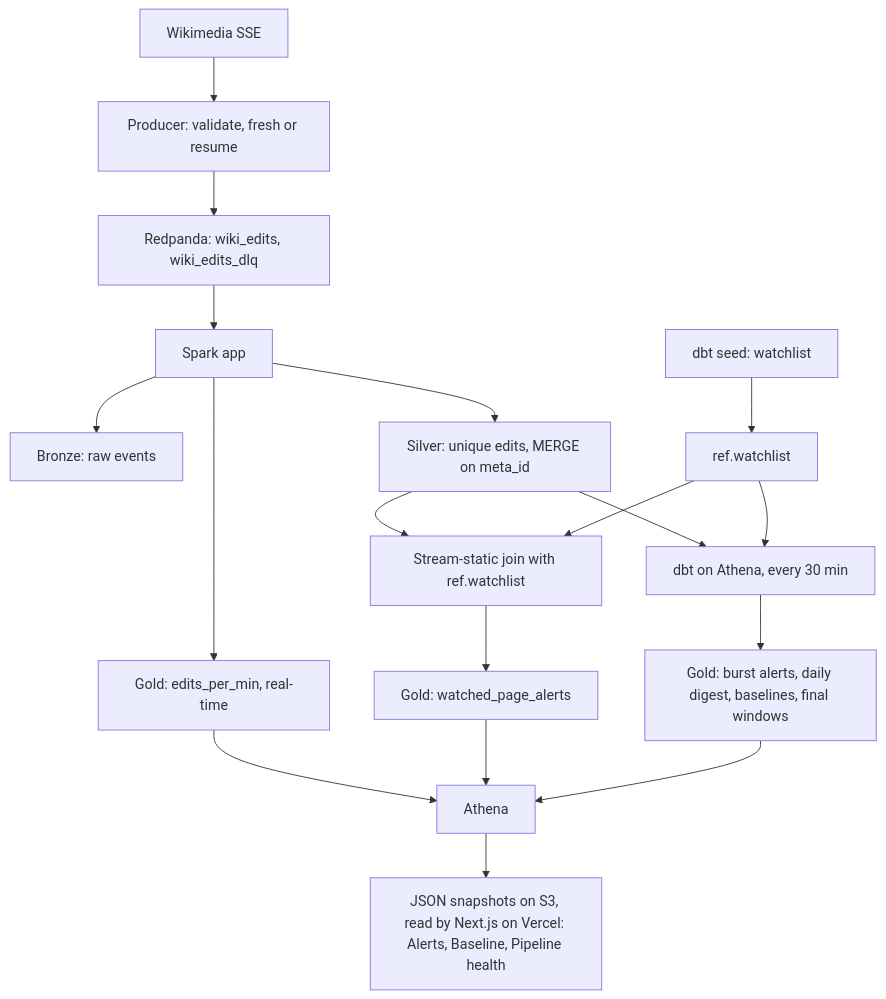
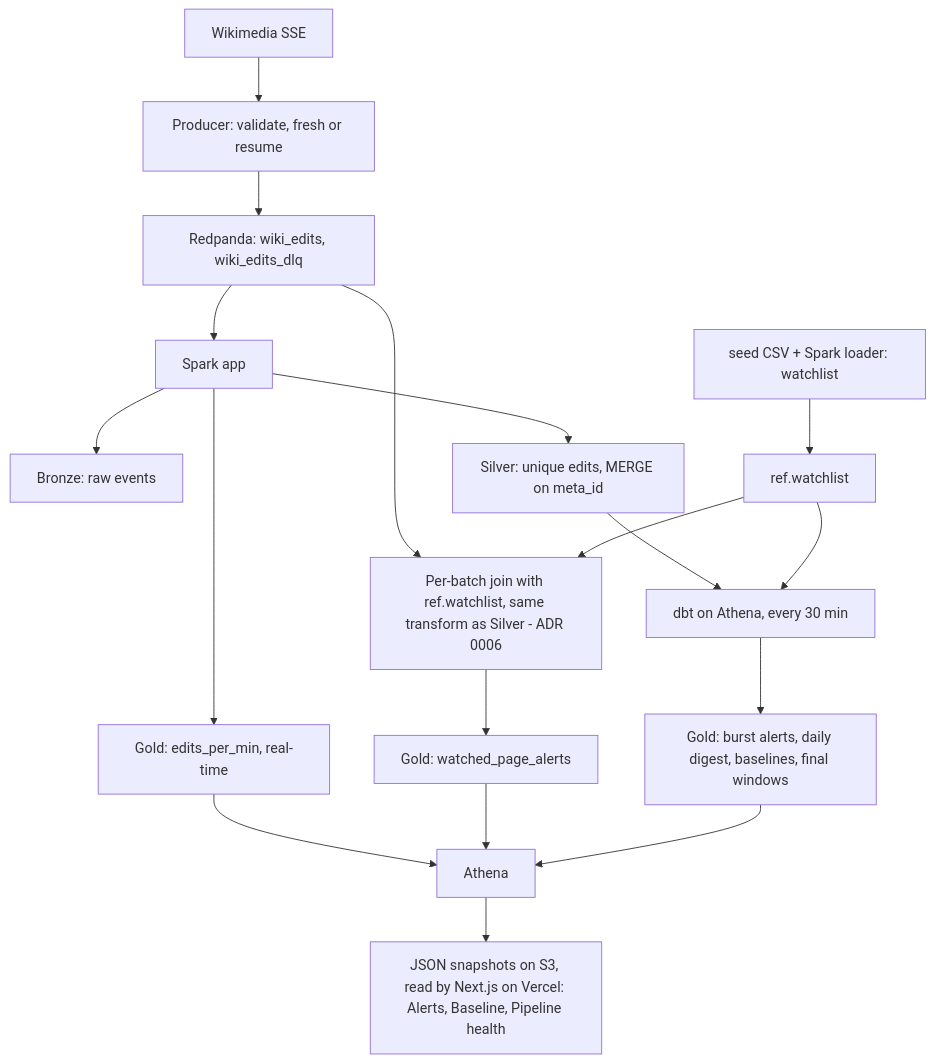
The diagram in docs/v1.md (advaithvemurisai/wikiwatch), drawn with Mermaid before and after one commit. The commit also changed other lines of this file and 3 other files, not shown here.

````diff
--- a/docs/v1.md
+++ b/docs/v1.md
@@ -81,20 +81,20 @@
 ```mermaid
 flowchart TD
   A[Wikimedia SSE] --> B[Producer: validate, fresh or resume]
   B --> C[Redpanda: wiki_edits, wiki_edits_dlq]
   C --> D[Spark app]
   D --> E[Bronze: raw events]
   D --> F[Silver: unique edits, MERGE on meta_id]
   D --> G[Gold: edits_per_min, real-time]
-  S[dbt seed: watchlist] --> W[ref.watchlist]
-  F --> H[Stream-static join with ref.watchlist]
+  S[seed CSV + Spark loader: watchlist] --> W[ref.watchlist]
+  C --> H[Per-batch join with ref.watchlist, same transform as Silver - ADR 0006]
   W --> H
   H --> I[Gold: watched_page_alerts]
   F --> J[dbt on Athena, every 30 min]
   W --> J
   J --> K[Gold: burst alerts, daily digest, baselines, final windows]
   G --> L[Athena]
   I --> L
   K --> L
   L --> M[JSON snapshots on S3, read by Next.js on Vercel: Alerts, Baseline, Pipeline health]
 ```
````
